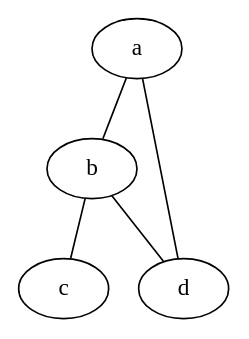
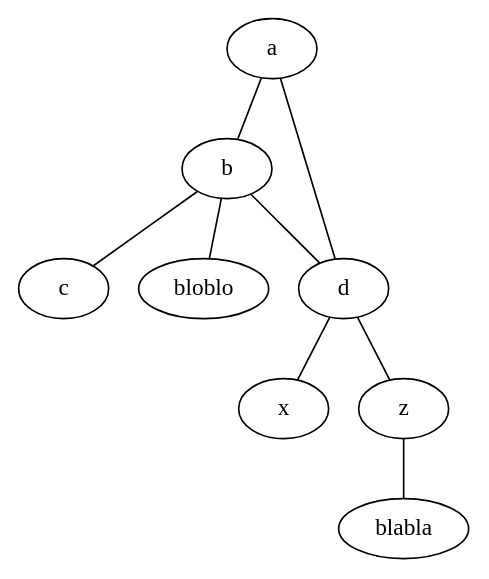
One commit to KirillBel/SoftwareDesign2013_group2 changed the diagram in res/files/test_dot.dot. Above: the diagram before and after it, drawn with Graphviz. The commit also changed 7 other files, not shown here.

```diff
--- a/res/files/test_dot.dot
+++ b/res/files/test_dot.dot
@@ -1,5 +1,8 @@
 graph graphname {
      a -- b -- c;
      b -- d;
 	 d -- a;
+	 d -- x;
+	 d -- z -- blabla;
+	 b -- bloblo;
  }
```
